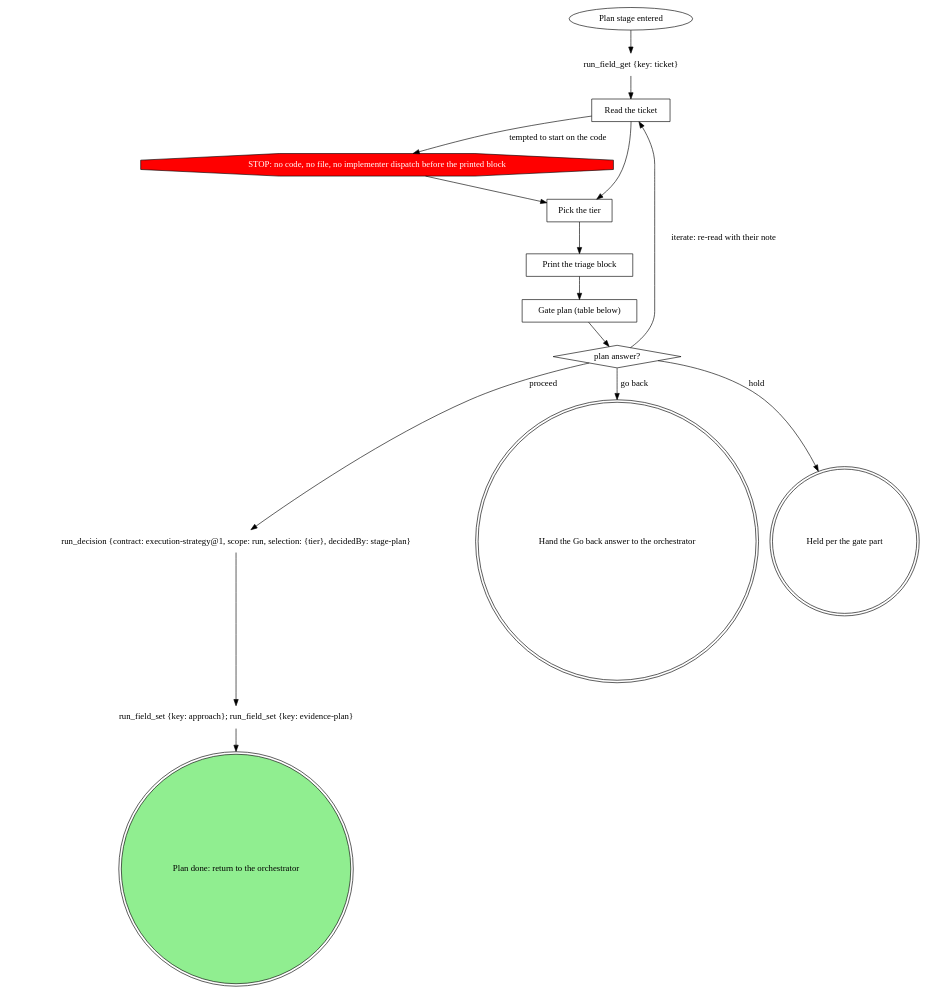
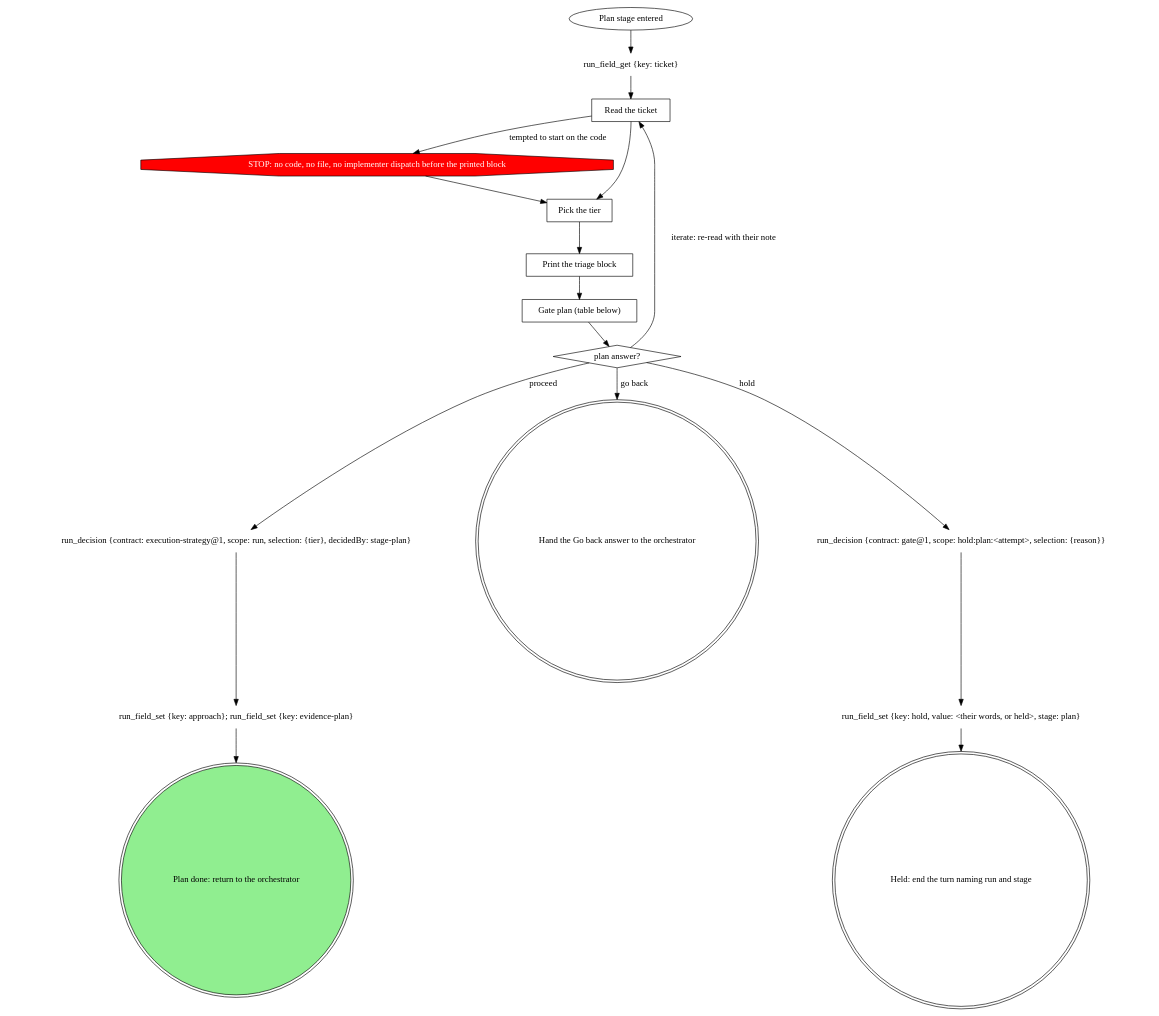
One commit to m4ttstack/skills changed the diagram in attachments/pipeline/stage-plan/SKILL.md. Above: the diagram before and after it, drawn with Graphviz. The commit also changed 5 other files, not shown here.

````diff
--- a/attachments/pipeline/stage-plan/SKILL.md
+++ b/attachments/pipeline/stage-plan/SKILL.md
@@ -24,34 +24,38 @@
 ```dot
 digraph plan {
     rankdir=TB;
 
     "Plan stage entered" [shape=ellipse];
     "run_field_get {key: ticket}" [shape=plaintext];
     "Read the ticket" [shape=box];
     "STOP: no code, no file, no implementer dispatch before the printed block" [shape=octagon style=filled fillcolor=red fontcolor=white];
     "Pick the tier" [shape=box];
     "Print the triage block" [shape=box];
     "Gate plan (table below)" [shape=box];
     "plan answer?" [shape=diamond];
     "run_decision {contract: execution-strategy@1, scope: run, selection: {tier}, decidedBy: stage-plan}" [shape=plaintext];
     "run_field_set {key: approach}; run_field_set {key: evidence-plan}" [shape=plaintext];
     "Hand the Go back answer to the orchestrator" [shape=doublecircle];
-    "Held per the gate part" [shape=doublecircle];
+    "run_decision {contract: gate@1, scope: hold:plan:<attempt>, selection: {reason}}" [shape=plaintext];
+    "run_field_set {key: hold, value: <their words, or held>, stage: plan}" [shape=plaintext];
+    "Held: end the turn naming run and stage" [shape=doublecircle];
     "Plan done: return to the orchestrator" [shape=doublecircle style=filled fillcolor=lightgreen];
 
     "Plan stage entered" -> "run_field_get {key: ticket}";
     "run_field_get {key: ticket}" -> "Read the ticket";
     "Read the ticket" -> "Pick the tier";
     "Read the ticket" -> "STOP: no code, no file, no implementer dispatch before the printed block" [label="tempted to start on the code"];
     "STOP: no code, no file, no implementer dispatch before the printed block" -> "Pick the tier";
     "Pick the tier" -> "Print the triage block";
     "Print the triage block" -> "Gate plan (table below)";
     "Gate plan (table below)" -> "plan answer?";
     "plan answer?" -> "run_decision {contract: execution-strategy@1, scope: run, selection: {tier}, decidedBy: stage-plan}" [label="proceed"];
     "plan answer?" -> "Read the ticket" [label="iterate: re-read with their note"];
     "plan answer?" -> "Hand the Go back answer to the orchestrator" [label="go back"];
-    "plan answer?" -> "Held per the gate part" [label="hold"];
+    "plan answer?" -> "run_decision {contract: gate@1, scope: hold:plan:<attempt>, selection: {reason}}" [label="hold"];
+    "run_decision {contract: gate@1, scope: hold:plan:<attempt>, selection: {reason}}" -> "run_field_set {key: hold, value: <their words, or held>, stage: plan}";
+    "run_field_set {key: hold, value: <their words, or held>, stage: plan}" -> "Held: end the turn naming run and stage";
     "run_decision {contract: execution-strategy@1, scope: run, selection: {tier}, decidedBy: stage-plan}" -> "run_field_set {key: approach}; run_field_set {key: evidence-plan}";
     "run_field_set {key: approach}; run_field_set {key: evidence-plan}" -> "Plan done: return to the orchestrator";
 }
 ```
````
